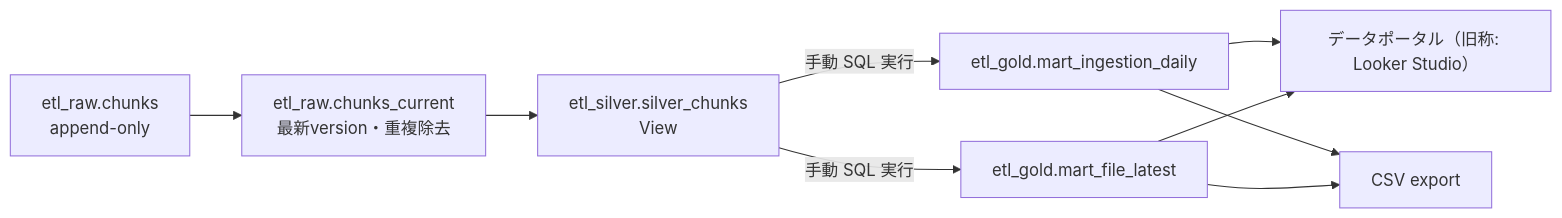
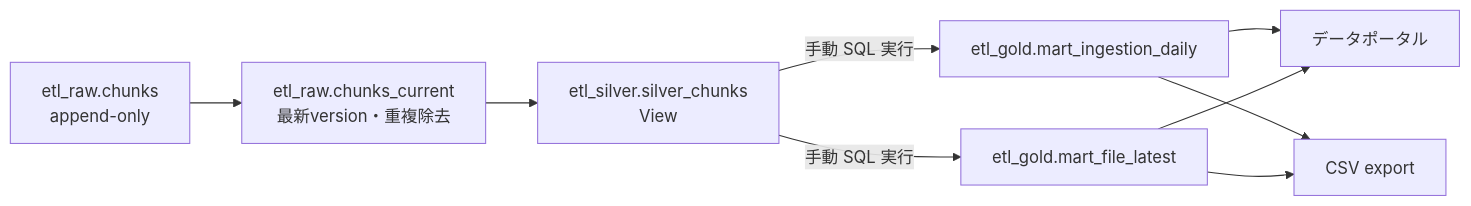
One commit to qei-2027-700/go-drive-etl changed the diagram in docs/architecture.md. Above: the diagram before and after it, drawn with Mermaid. The commit also changed other lines of this file and 13 other files, not shown here.

````diff
--- a/docs/architecture.md
+++ b/docs/architecture.md
@@ -152,11 +152,11 @@
 ```mermaid
 flowchart LR
   chunks["etl_raw.chunks\nappend-only"] --> current["etl_raw.chunks_current\n最新version・重複除去"]
   current --> silver["etl_silver.silver_chunks\nView"]
   silver -->|"手動 SQL 実行"| daily["etl_gold.mart_ingestion_daily"]
   silver -->|"手動 SQL 実行"| latest["etl_gold.mart_file_latest"]
-  daily --> looker["データポータル（旧称: Looker Studio）"]
+  daily --> looker["データポータル"]
   daily --> export["CSV export"]
   latest --> looker
   latest --> export
 ```
````
